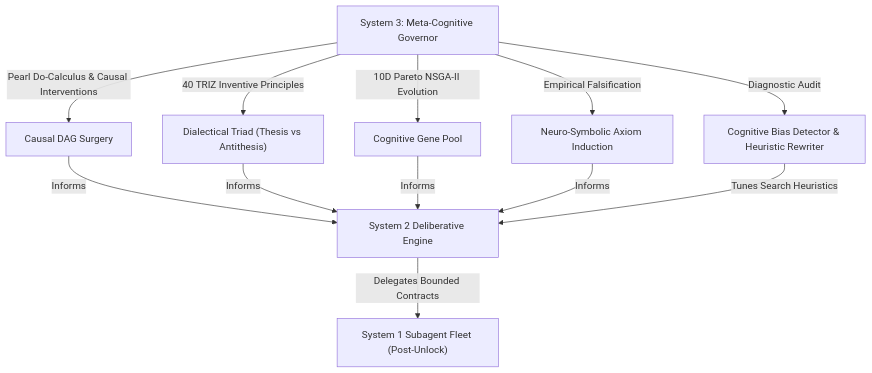
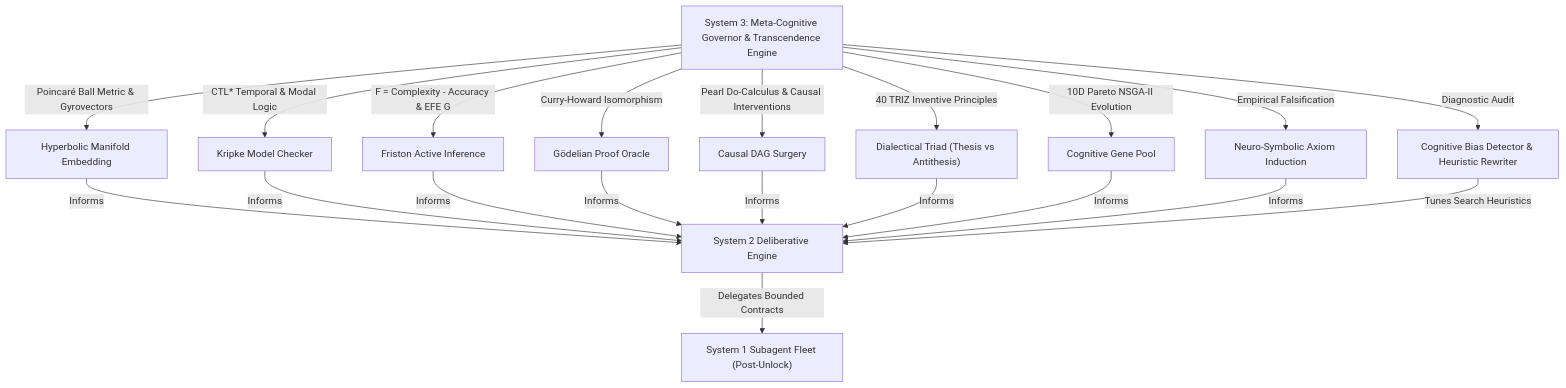
The diagram in skills/fable-mode/references/system3-meta-cognition.md (REX-codebase/fable-mode), drawn with Mermaid before and after one commit. The commit also changed other lines of this file and 14 other files, not shown here.

Commit message:
feat(system3): implement Frontier System 3 Transcendence Engine (hyperbolic manifold, kripke model checker, friston active inference, godelian proof oracle)

````diff
--- a/skills/fable-mode/references/system3-meta-cognition.md
+++ b/skills/fable-mode/references/system3-meta-cognition.md
@@ -16,16 +20,26 @@
 ```mermaid
 graph TD
-    S3["System 3: Meta-Cognitive Governor"] -->|Pearl Do-Calculus & Causal Interventions| DAG["Causal DAG Surgery"]
+    S3["System 3: Meta-Cognitive Governor & Transcendence Engine"]
+    
+    S3 -->|Poincaré Ball Metric & Gyrovectors| Hyp["Hyperbolic Manifold Embedding"]
+    S3 -->|CTL* Temporal & Modal Logic| Kripke["Kripke Model Checker"]
+    S3 -->|F = Complexity - Accuracy & EFE G| ActiveInf["Friston Active Inference"]
+    S3 -->|Curry-Howard Isomorphism| Oracle["Gödelian Proof Oracle"]
+    S3 -->|Pearl Do-Calculus & Causal Interventions| DAG["Causal DAG Surgery"]
     S3 -->|40 TRIZ Inventive Principles| Dialectic["Dialectical Triad (Thesis vs Antithesis)"]
     S3 -->|10D Pareto NSGA-II Evolution| Genetic["Cognitive Gene Pool"]
     S3 -->|Empirical Falsification| NeuroSymbolic["Neuro-Symbolic Axiom Induction"]
     S3 -->|Diagnostic Audit| Bias["Cognitive Bias Detector & Heuristic Rewriter"]
 
-    DAG -->|Informs| S2["System 2 Deliberative Engine"]
+    Hyp -->|Informs| S2["System 2 Deliberative Engine"]
+    Kripke -->|Informs| S2
+    ActiveInf -->|Informs| S2
+    Oracle -->|Informs| S2
+    DAG -->|Informs| S2
     Dialectic -->|Informs| S2
     Genetic -->|Informs| S2
     NeuroSymbolic -->|Informs| S2
     Bias -->|Tunes Search Heuristics| S2
 
     S2 -->|Delegates Bounded Contracts| S1["System 1 Subagent Fleet (Post-Unlock)"]
 ```
````
